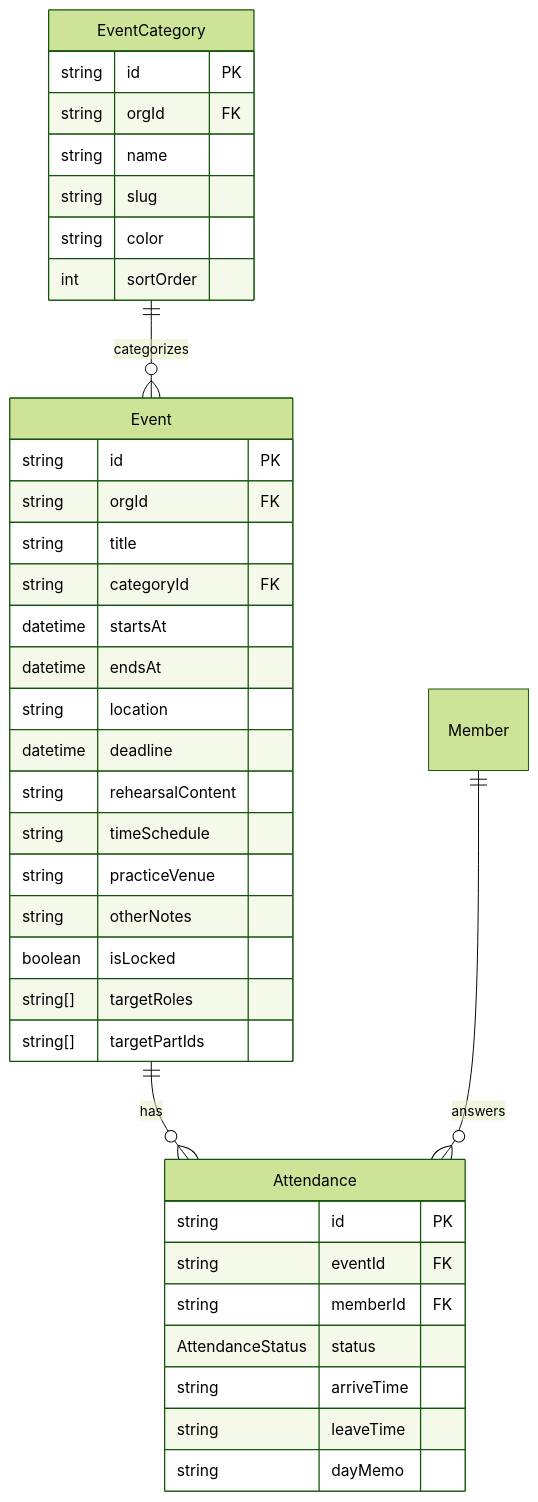
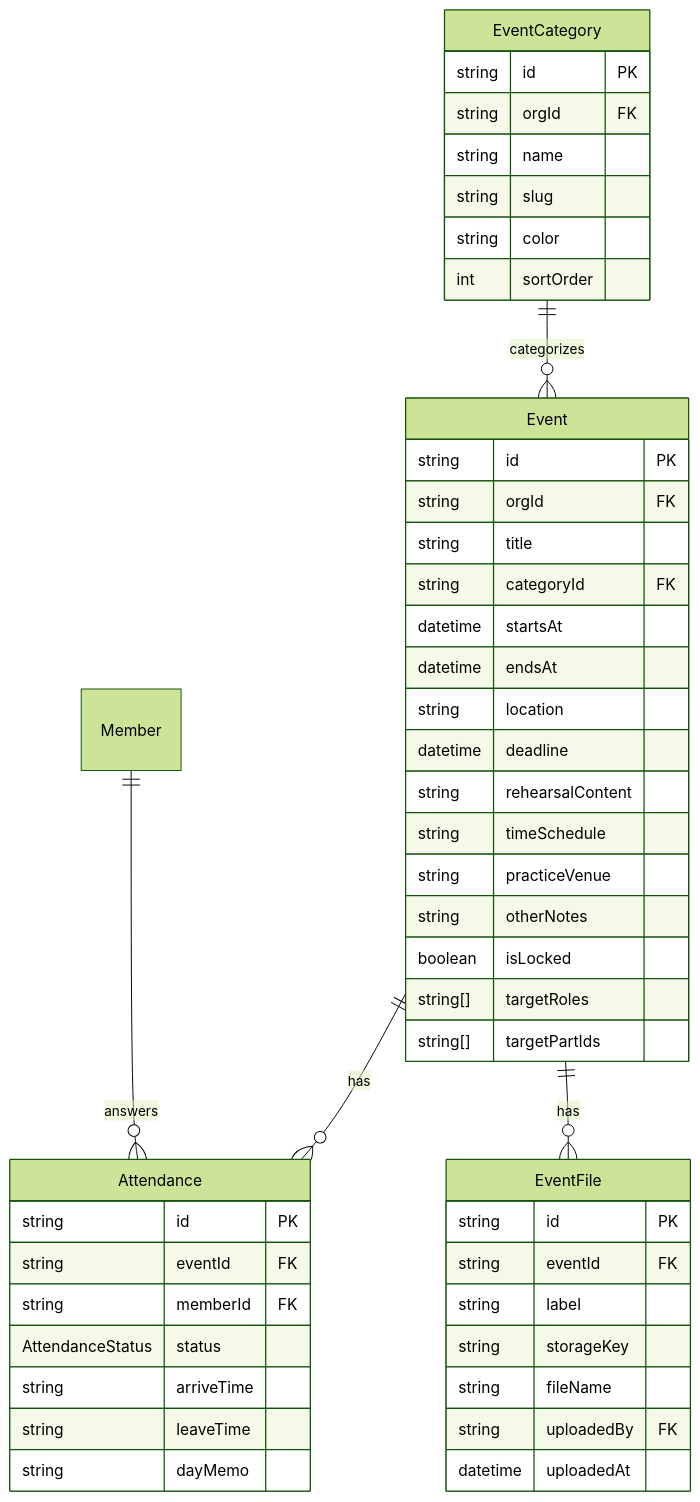
One commit to Genki1019/choirhub changed the third of 7 diagrams in docs/database.md. Above: the diagram before and after it, drawn with Mermaid (forest theme). The commit also changed other lines of this file and 28 other files, not shown here.

````diff
--- a/docs/database.md
+++ b/docs/database.md
@@ -144,41 +146,51 @@
 ```mermaid
 erDiagram
     EventCategory {
         string id PK
         string orgId FK
         string name
         string slug
         string color
         int    sortOrder
     }
     Event {
         string    id PK
         string    orgId FK
         string    title
         string    categoryId FK
         datetime  startsAt
         datetime  endsAt
         string    location
         datetime  deadline
         string    rehearsalContent
         string    timeSchedule
         string    practiceVenue
         string    otherNotes
         boolean   isLocked
         string[]  targetRoles
         string[]  targetPartIds
     }
     Attendance {
         string           id PK
         string           eventId FK
         string           memberId FK
         AttendanceStatus status
         string           arriveTime
         string           leaveTime
         string           dayMemo
     }
+    EventFile {
+        string   id PK
+        string   eventId FK
+        string   label
+        string   storageKey
+        string   fileName
+        string   uploadedBy FK
+        datetime uploadedAt
+    }
 
     EventCategory ||--o{ Event      : "categorizes"
     Event         ||--o{ Attendance : "has"
     Member        ||--o{ Attendance : "answers"
+    Event         ||--o{ EventFile  : "has"
 ```
````
